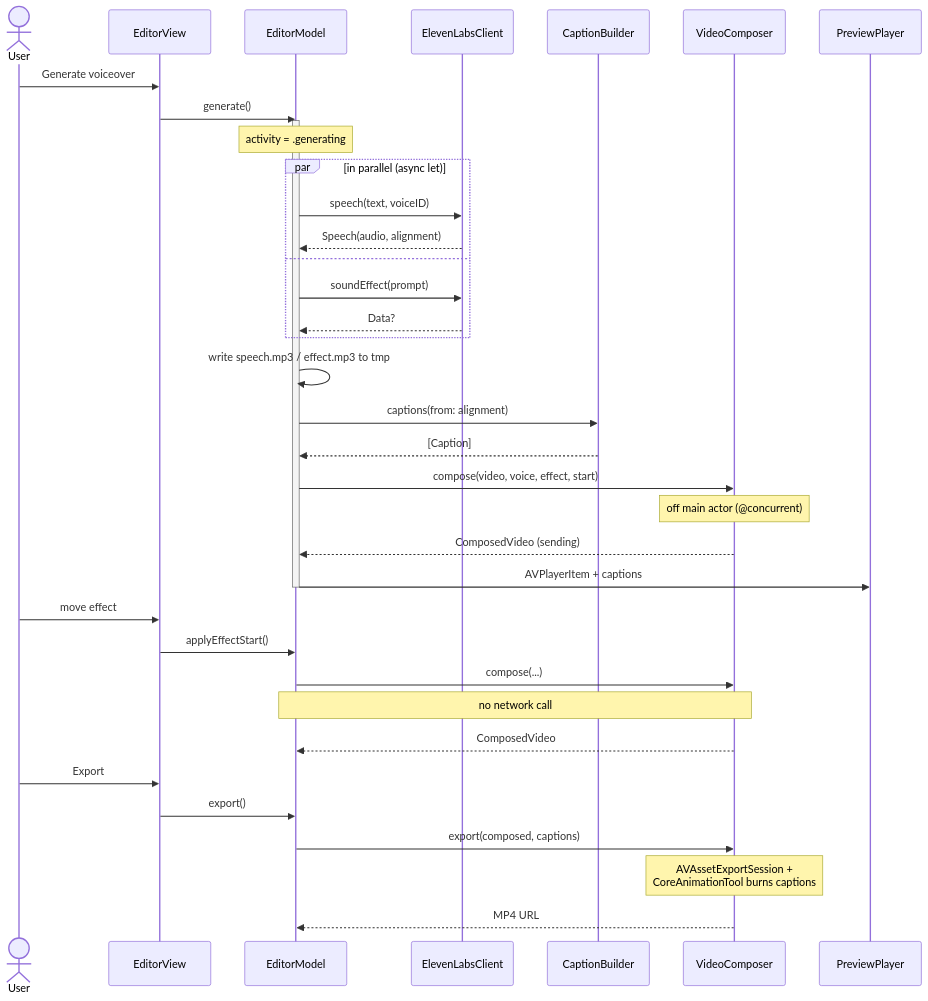
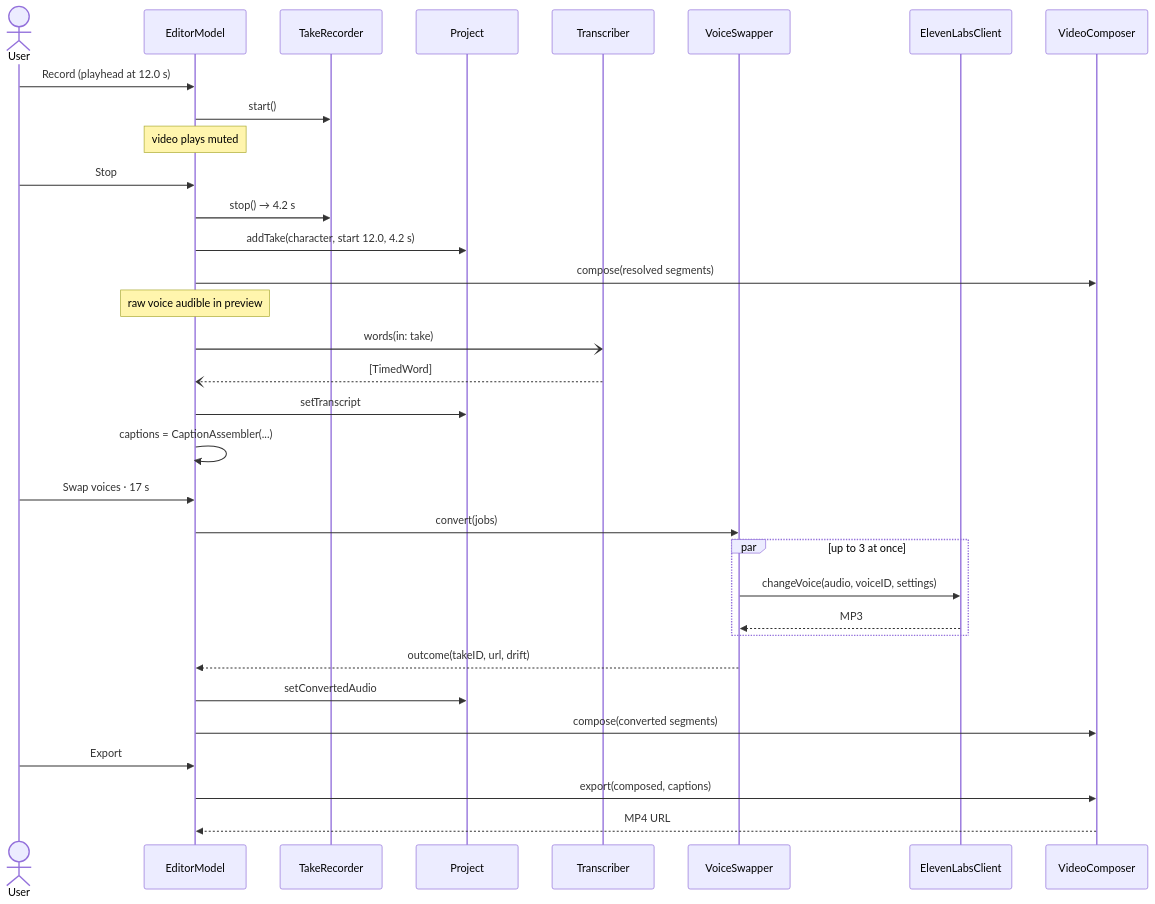
Before and after one commit to yvelkoa/VoiceoverStudio: the second of 5 diagrams in README.md, drawn with Mermaid. The commit also changed other lines of this file, not shown here.

First line of the commit message:
Document the record-and-swap architecture

````diff
--- a/README.md
+++ b/README.md
@@ -60,42 +62,38 @@
 ```mermaid
 sequenceDiagram
     actor U as User
-    participant V as EditorView
     participant M as EditorModel
+    participant R as TakeRecorder
+    participant P as Project
+    participant T as Transcriber
+    participant S as VoiceSwapper
     participant C as ElevenLabsClient
-    participant B as CaptionBuilder
     participant X as VideoComposer
-    participant P as PreviewPlayer
 
-    U->>V: Generate voiceover
-    V->>M: generate()
-    activate M
-    Note over M: activity = .generating
-    par in parallel (async let)
-        M->>C: speech(text, voiceID)
-        C-->>M: Speech(audio, alignment)
-    and
-        M->>C: soundEffect(prompt)
-        C-->>M: Data?
+    U->>M: Record (playhead at 12.0 s)
+    M->>R: start()
+    Note over M: video plays muted
+    U->>M: Stop
+    M->>R: stop() → 4.2 s
+    M->>P: addTake(character, start 12.0, 4.2 s)
+    M->>X: compose(resolved segments)
+    Note over M: raw voice audible in preview
+    M-)T: words(in: take)
+    T--)M: [TimedWord]
+    M->>P: setTranscript
+    M->>M: captions = CaptionAssembler(...)
+
+    U->>M: Swap voices · 17 s
+    M->>S: convert(jobs)
+    par up to 3 at once
+        S->>C: changeVoice(audio, voiceID, settings)
+        C-->>S: MP3
     end
-    M->>M: write speech.mp3 / effect.mp3 to tmp
-    M->>B: captions(from: alignment)
-    B-->>M: [Caption]
-    M->>X: compose(video, voice, effect, start)
-    Note over X: off main actor (@concurrent)
-    X-->>M: ComposedVideo (sending)
-    M->>P: AVPlayerItem + captions
-    deactivate M
+    S-->>M: outcome(takeID, url, drift)
+    M->>P: setConvertedAudio
+    M->>X: compose(converted segments)
 
-    U->>V: move effect
-    V->>M: applyEffectStart()
-    M->>X: compose(...)
-    Note over M,X: no network call
-    X-->>M: ComposedVideo
-
-    U->>V: Export
-    V->>M: export()
+    U->>M: Export
     M->>X: export(composed, captions)
-    Note over X: AVAssetExportSession +<br/>CoreAnimationTool burns captions
     X-->>M: MP4 URL
 ```
````
